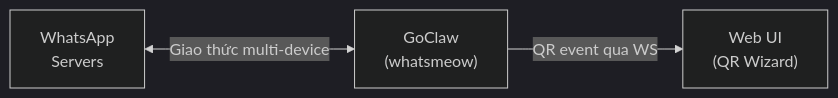
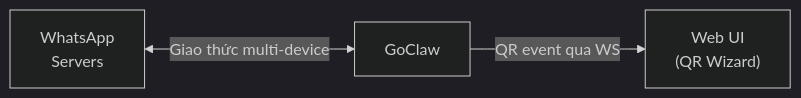
Before and after one commit to nextlevelbuilder/goclaw-docs: the diagram in vi/channels/whatsapp.md, drawn with Mermaid (dark theme). The commit also changed other lines of this file and 5 other files, not shown here.

````diff
--- a/vi/channels/whatsapp.md
+++ b/vi/channels/whatsapp.md
@@ -48,9 +48,9 @@
 ```mermaid
 flowchart LR
     WA["WhatsApp<br/>Servers"]
-    GC["GoClaw<br/>(whatsmeow)"]
+    GC["GoClaw"]
     UI["Web UI<br/>(QR Wizard)"]
 
     WA <-->|"Giao thức multi-device"| GC
     GC -->|"QR event qua WS"| UI
 ```
````
